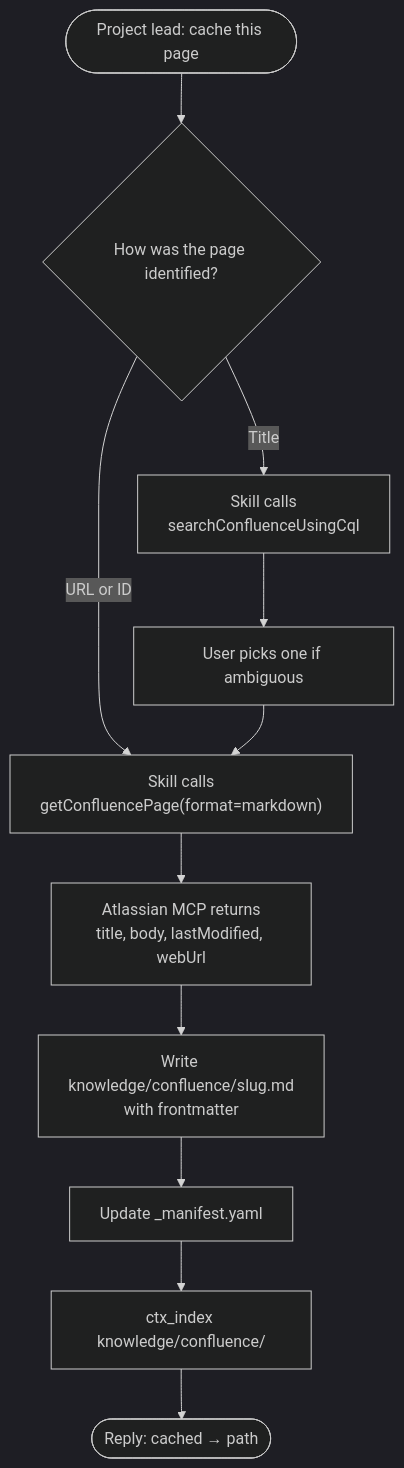
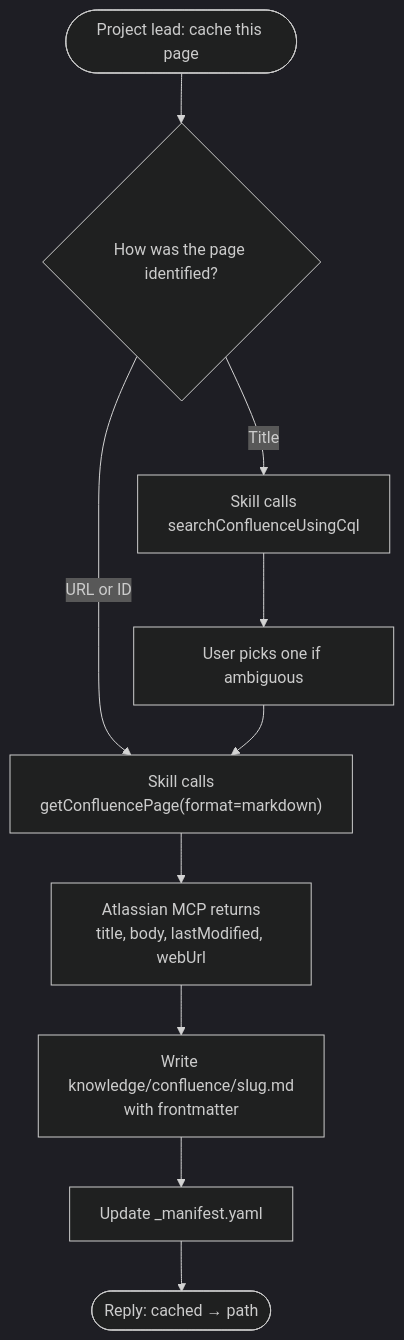
One commit to David-E-Kay/power-bi-assistant changed the second of 2 diagrams in docs/confluence-integration-overview.md. Above: the diagram before and after it, drawn with Mermaid (dark theme). The commit also changed other lines of this file and 18 other files, not shown here.

````diff
--- a/docs/confluence-integration-overview.md
+++ b/docs/confluence-integration-overview.md
@@ -46,13 +46,12 @@
 ```mermaid
 flowchart TD
     Start(["Project lead: cache this page"]) --> Resolve{"How was the page identified?"}
     Resolve -->|URL or ID| Fetch["Skill calls<br/>getConfluencePage(format=markdown)"]
     Resolve -->|Title| Search["Skill calls<br/>searchConfluenceUsingCql"]
     Search --> Pick["User picks one if ambiguous"]
     Pick --> Fetch
     Fetch --> MCP["Atlassian MCP returns<br/>title, body, lastModified, webUrl"]
     MCP --> Write["Write knowledge/confluence/slug.md<br/>with frontmatter"]
     Write --> Manifest["Update _manifest.yaml"]
-    Manifest --> Index["ctx_index knowledge/confluence/"]
-    Index --> Done(["Reply: cached → path"])
+    Manifest --> Done(["Reply: cached → path"])
 ```
````
